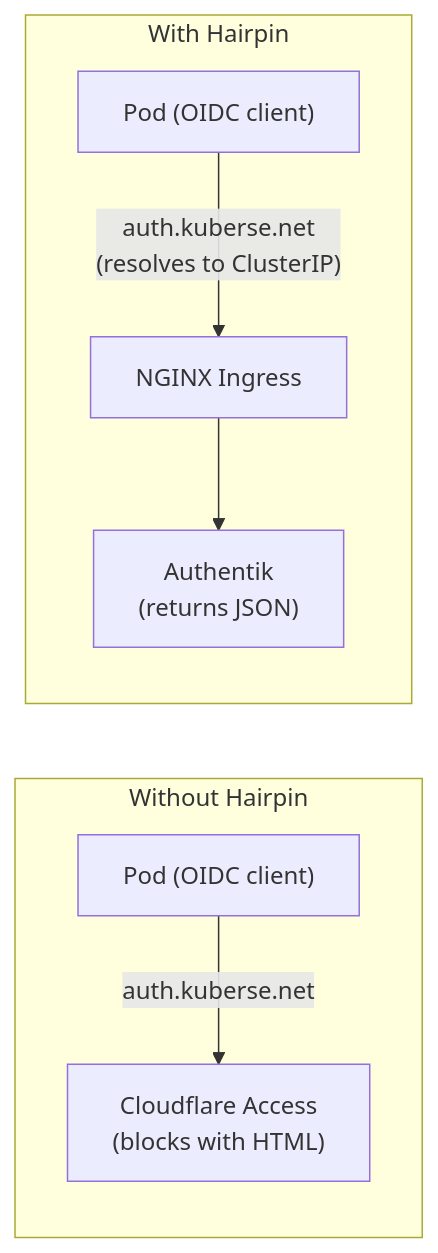
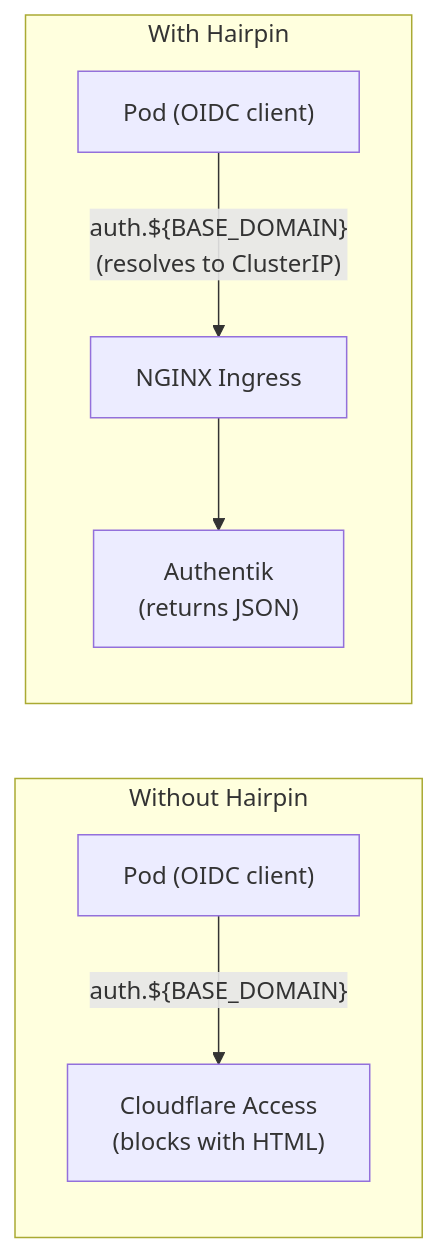
Before and after one commit to MarioAPGS/kuberse: the second of 2 diagrams in platform/authentik/docs/oidc-provisioning.md, drawn with Mermaid. The commit also changed other lines of this file and 15 other files, not shown here.

````diff
--- a/platform/authentik/docs/oidc-provisioning.md
+++ b/platform/authentik/docs/oidc-provisioning.md
@@ -110,10 +110,10 @@
 ```mermaid
 graph LR
     subgraph "Without Hairpin"
-        POD1["Pod (OIDC client)"] -->|"auth.kuberse.net"| CF["Cloudflare Access<br/>(blocks with HTML)"]
+        POD1["Pod (OIDC client)"] -->|"auth.${BASE_DOMAIN}"| CF["Cloudflare Access<br/>(blocks with HTML)"]
     end
 
     subgraph "With Hairpin"
-        POD2["Pod (OIDC client)"] -->|"auth.kuberse.net<br/>(resolves to ClusterIP)"| NGINX["NGINX Ingress"] --> AUTH["Authentik<br/>(returns JSON)"]
+        POD2["Pod (OIDC client)"] -->|"auth.${BASE_DOMAIN}<br/>(resolves to ClusterIP)"| NGINX["NGINX Ingress"] --> AUTH["Authentik<br/>(returns JSON)"]
     end
 ```
````
